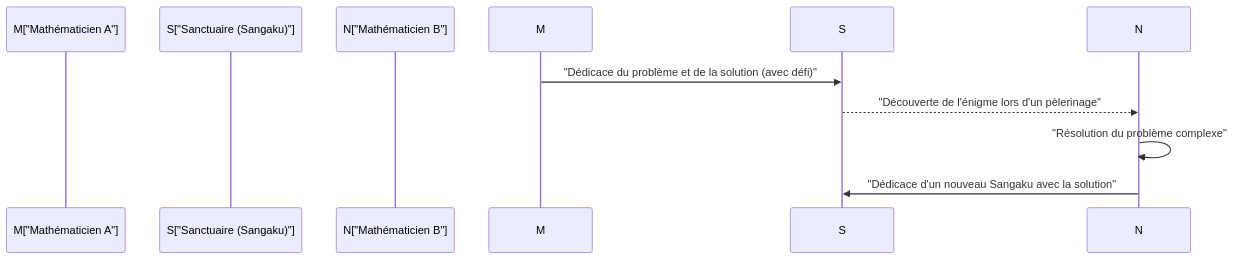
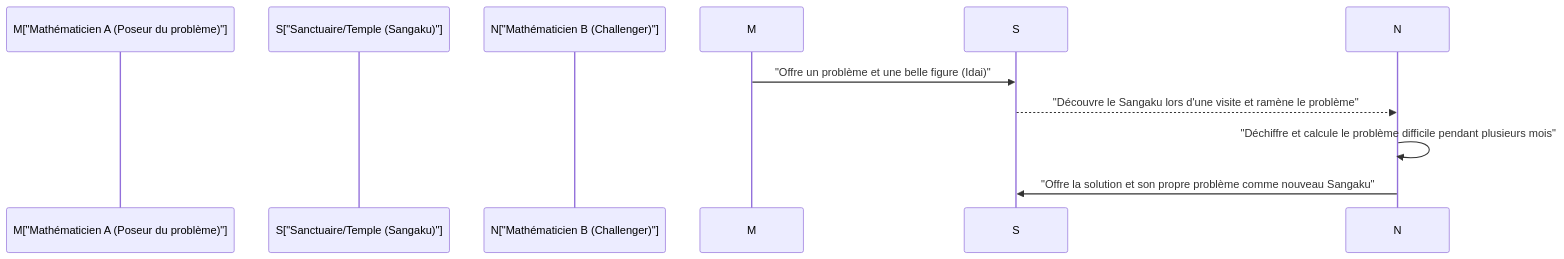
The second of 2 diagrams in content/post/history-of-wasan-japanese-mathematics/index.fr.md (kenjinote/blog), drawn with Mermaid before and after one commit. The commit also changed other lines of this file and 129 other files, not shown here.

````diff
--- a/content/post/history-of-wasan-japanese-mathematics/index.fr.md
+++ b/content/post/history-of-wasan-japanese-mathematics/index.fr.md
@@ -68,11 +70,11 @@
 ```mermaid
 sequenceDiagram
-    participant M["Mathématicien A"]
-    participant S["Sanctuaire (Sangaku)"]
-    participant N["Mathématicien B"]
+    participant M["Mathématicien A (Poseur du problème)"]
+    participant S["Sanctuaire/Temple (Sangaku)"]
+    participant N["Mathématicien B (Challenger)"]
     
-    M->>S: "Dédicace du problème et de la solution (avec défi)"
-    S-->>N: "Découverte de l'énigme lors d'un pèlerinage"
-    N->>N: "Résolution du problème complexe"
-    N->>S: "Dédicace d'un nouveau Sangaku avec la solution"
+    M->>S: "Offre un problème et une belle figure (Idai)"
+    S-->>N: "Découvre le Sangaku lors d'une visite et ramène le problème"
+    N->>N: "Déchiffre et calcule le problème difficile pendant plusieurs mois"
+    N->>S: "Offre la solution et son propre problème comme nouveau Sangaku"
 ```
````
